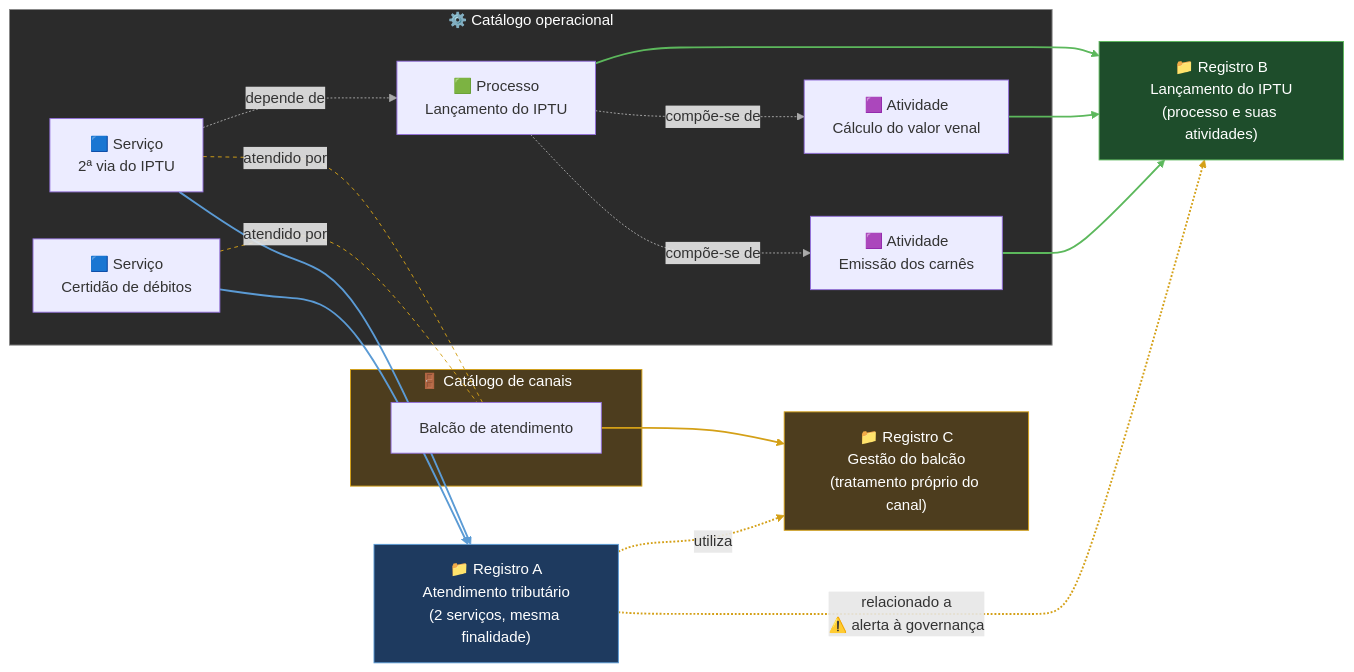
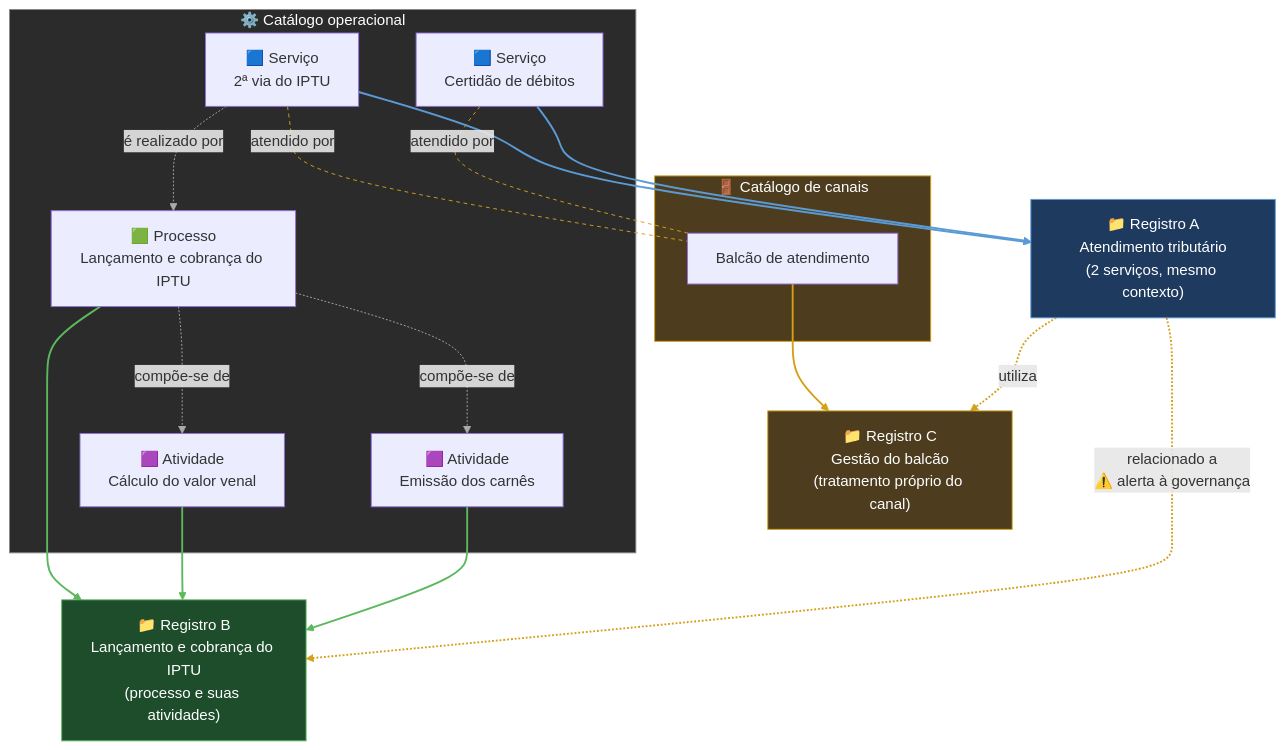
One commit to ailtonfv/governanca-lgpd-hortolandia changed the eighth of 11 diagrams in README.md. Above: the diagram before and after it, drawn with Mermaid. The commit also changed other lines of this file and 1 other file, not shown here.

Commit message:
README rev. 2: PoC nuclear e ampliada, precedencia, criterios por marco, proximos passos e pendencias

````diff
--- a/README.md
+++ b/README.md
@@ -170,39 +288,39 @@
 ```mermaid
-flowchart LR
+flowchart TB
     subgraph CAT["⚙️ Catálogo operacional"]
         S1["🟦 Serviço<br/>2ª via do IPTU"]
         S2["🟦 Serviço<br/>Certidão de débitos"]
-        P1["🟩 Processo<br/>Lançamento do IPTU"]
+        P1["🟩 Processo<br/>Lançamento e cobrança do IPTU"]
         A1["🟪 Atividade<br/>Cálculo do valor venal"]
         A2["🟪 Atividade<br/>Emissão dos carnês"]
-        S1 -. "depende de" .-> P1
+        S1 -. "é realizado por" .-> P1
         P1 -. "compõe-se de" .-> A1
         P1 -. "compõe-se de" .-> A2
     end
     subgraph CNL["🚪 Catálogo de canais"]
         CN["Balcão de atendimento"]
     end
     S1 -. "atendido por" .- CN
     S2 -. "atendido por" .- CN
-    RA["📁 Registro A<br/>Atendimento tributário<br/>(2 serviços, mesma finalidade)"]
-    RB["📁 Registro B<br/>Lançamento do IPTU<br/>(processo e suas atividades)"]
+    RA["📁 Registro A<br/>Atendimento tributário<br/>(2 serviços, mesmo contexto)"]
+    RB["📁 Registro B<br/>Lançamento e cobrança do IPTU<br/>(processo e suas atividades)"]
     RC["📁 Registro C<br/>Gestão do balcão<br/>(tratamento próprio do canal)"]
     S1 --> RA
     S2 --> RA
     P1 --> RB
     A1 --> RB
     A2 --> RB
     CN --> RC
     RA -. "utiliza" .-> RC
     RA -. "relacionado a<br/>⚠️ alerta à governança" .-> RB
     style CAT fill:#2b2b2b,stroke:#888,color:#fff
     style CNL fill:#4d3d1e,stroke:#d4a017,color:#fff
     style RA fill:#1e3a5f,stroke:#5b9bd5,color:#fff
     style RB fill:#1e4d2b,stroke:#5cb85c,color:#fff
     style RC fill:#4d3d1e,stroke:#d4a017,color:#fff
     linkStyle 0,1,2 stroke:#aaaaaa
     linkStyle 3,4 stroke:#d4a017,stroke-dasharray:4
     linkStyle 5,6 stroke:#5b9bd5,stroke-width:2px
     linkStyle 7,8,9 stroke:#5cb85c,stroke-width:2px
     linkStyle 10,11,12 stroke:#d4a017,stroke-width:2px
 ```
````
